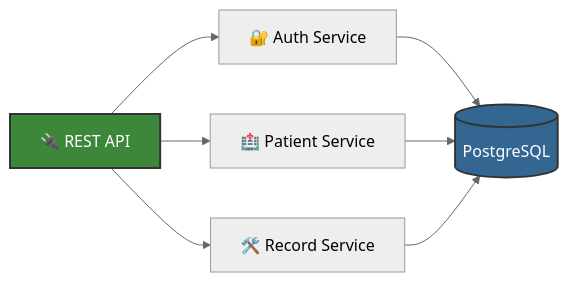
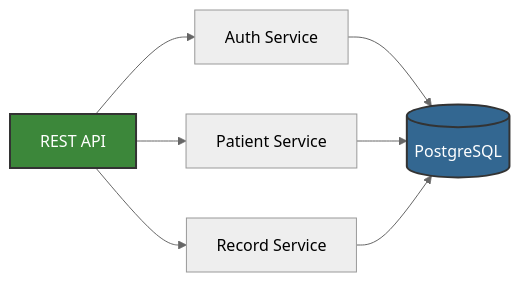
Before and after one commit to dIAgnoseTeam/dIAgnose: the third of 5 diagrams in README.md, drawn with Mermaid (neutral theme). The commit also changed other lines of this file and 1 other file, not shown here.

````diff
--- a/README.md
+++ b/README.md
@@ -97,13 +97,13 @@
 ```mermaid
 graph LR
-    API[🔌 REST API] --> Auth[🔐 Auth Service]
-    API --> Patient[🏥 Patient Service]
-    API --> Record[🛠️ Record Service]
-    
+    API[REST API] --> Auth[Auth Service]
+    API --> Patient[Patient Service]
+    API --> Record[Record Service]
+
     Auth --> PG[(PostgreSQL)]
     Patient --> PG
     Record --> PG
-    
+
     style API fill:#3c873a,stroke:#333,stroke-width:2px,color:#fff
     style PG fill:#336791,stroke:#333,stroke-width:2px,color:#fff
 ```
````
